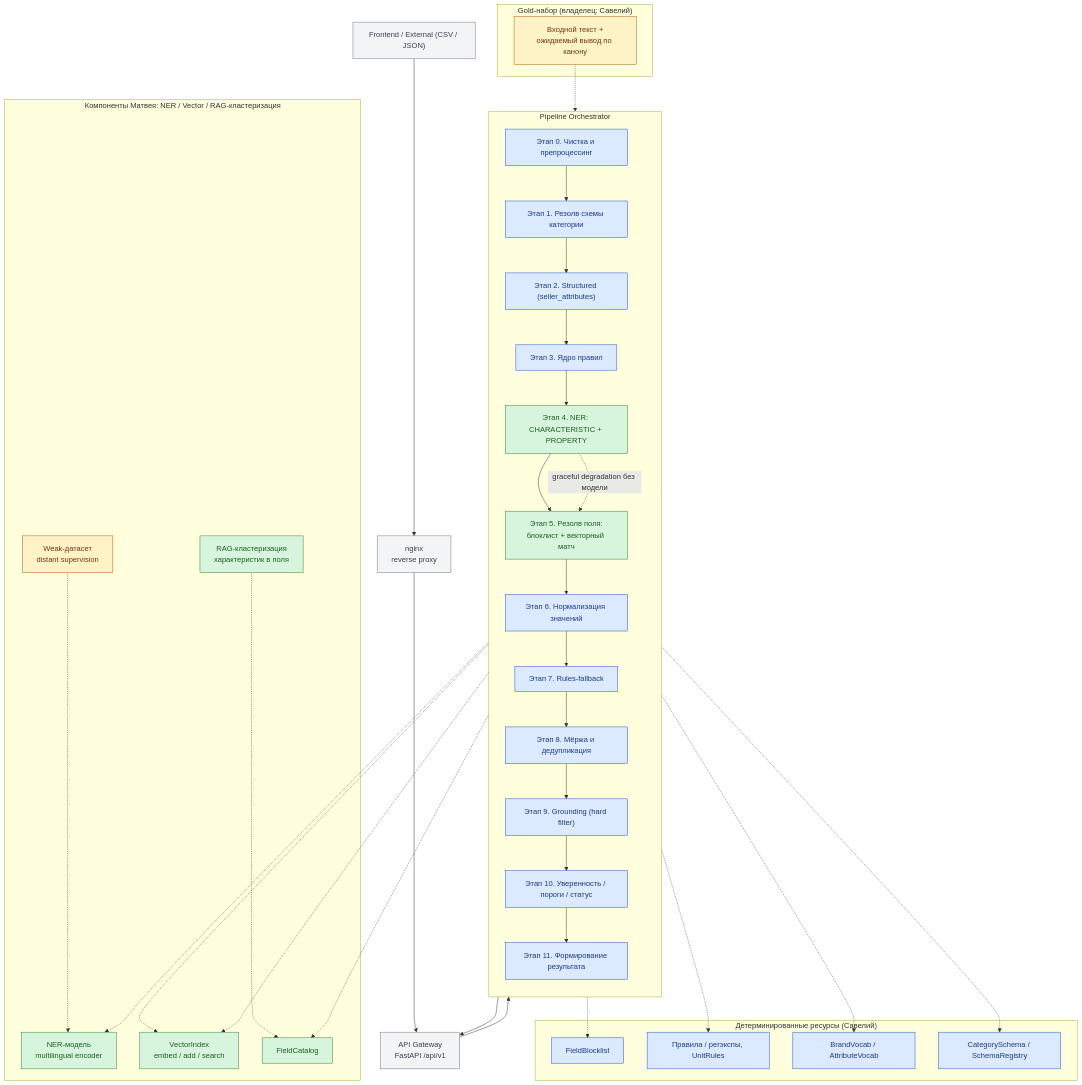
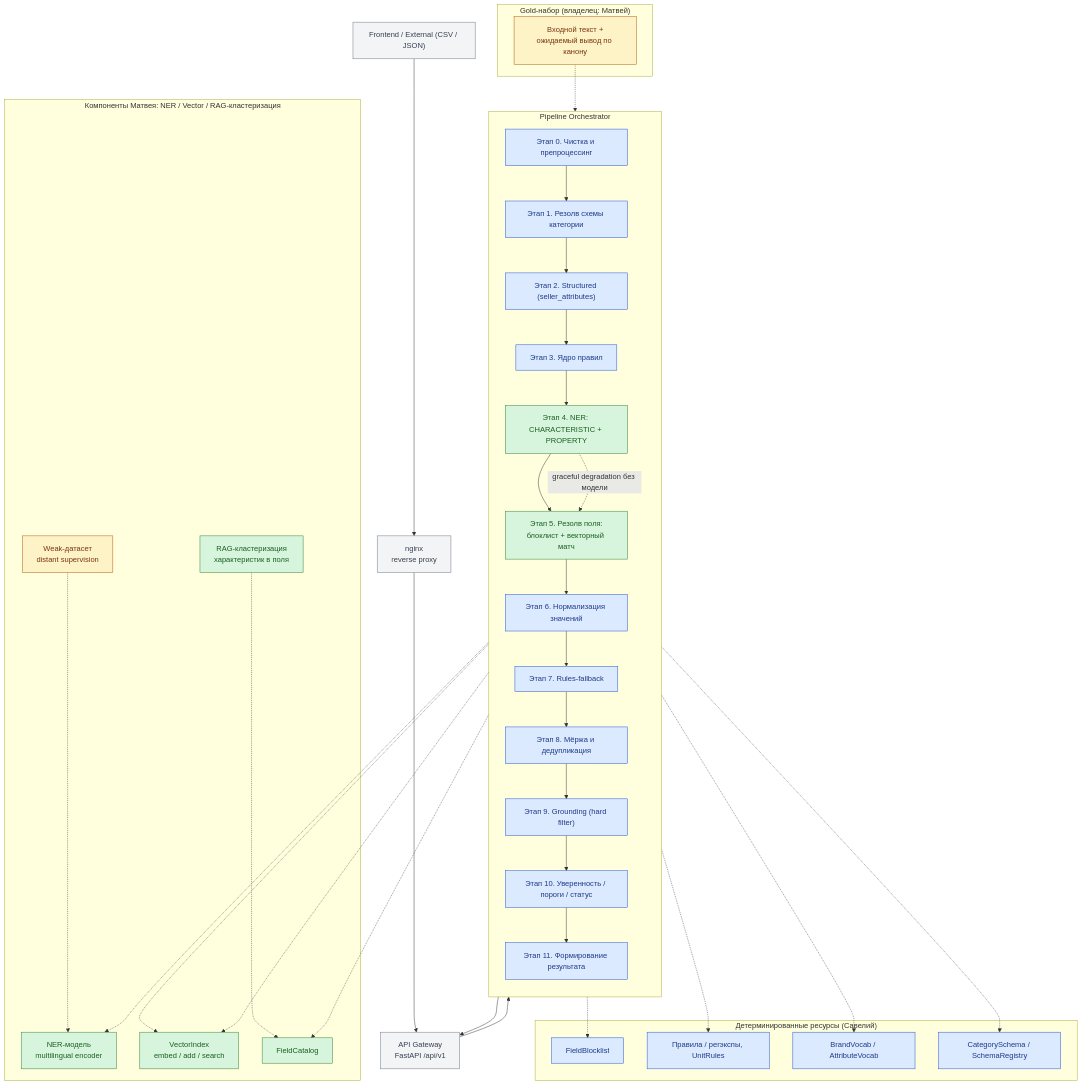
One commit to Mitoshi-Team/specflow changed the diagram in services/attribute_extractor/README.md. Above: the diagram before and after it, drawn with Mermaid. The commit also changed other lines of this file and 9 other files, not shown here.

````diff
--- a/services/attribute_extractor/README.md
+++ b/services/attribute_extractor/README.md
@@ -45,64 +45,64 @@
 ```mermaid
 flowchart TD
     classDef ours fill:#d7f5dd,stroke:#2e7d32,color:#1b5e20;
     classDef det fill:#dbeafe,stroke:#1d4ed8,color:#1e3a8a;
     classDef infra fill:#f3f4f6,stroke:#6b7280,color:#374151;
     classDef data fill:#fef3c7,stroke:#b45309,color:#78350f;
 
     UI["Frontend / External (CSV / JSON)"]:::infra
     NG["nginx<br/>reverse proxy"]:::infra
     GW["API Gateway<br/>FastAPI /api/v1"]:::infra
 
     subgraph ORCH["Pipeline Orchestrator"]
         direction TB
         S0["Этап 0. Чистка и препроцессинг"]:::det
         S1["Этап 1. Резолв схемы категории"]:::det
         S2["Этап 2. Structured (seller_attributes)"]:::det
         S3["Этап 3. Ядро правил"]:::det
         S4["Этап 4. NER: CHARACTERISTIC + PROPERTY"]:::ours
         S5["Этап 5. Резолв поля:<br/>блоклист + векторный матч"]:::ours
         S6["Этап 6. Нормализация значений"]:::det
         S7["Этап 7. Rules-fallback"]:::det
         S8["Этап 8. Мёржа и дедупликация"]:::det
         S9["Этап 9. Grounding (hard filter)"]:::det
         S10["Этап 10. Уверенность / пороги / статус"]:::det
         S11["Этап 11. Формирование результата"]:::det
     end
 
     subgraph ML["Компоненты Матвея: NER / Vector / RAG-кластеризация"]
         NER["NER-модель<br/>multilingual encoder"]:::ours
         VI["VectorIndex<br/>embed / add / search"]:::ours
         CAT["FieldCatalog"]:::ours
         CLUS["RAG-кластеризация<br/>характеристик в поля"]:::ours
         WD["Weak-датасет<br/>distant supervision"]:::data
     end
 
     subgraph DETCOMP["Детерминированные ресурсы (Савелий)"]
         BL["FieldBlocklist"]:::det
         RULES["Правила / регэкспы, UnitRules"]:::det
         VOC["BrandVocab / AttributeVocab"]:::det
         SCH["CategorySchema / SchemaRegistry"]:::det
     end
 
-    subgraph GOLD["Gold-набор (владелец: Савелий)"]
+    subgraph GOLD["Gold-набор (владелец: Матвей)"]
         G["Входной текст +<br/>ожидаемый вывод по канону"]:::data
     end
 
     UI --> NG --> GW --> S0
     S0 --> S1 --> S2 --> S3 --> S4 --> S5 --> S6 --> S7 --> S8 --> S9 --> S10 --> S11
     S11 --> GW
 
     S1 -.-> SCH
     S3 -.-> RULES
     S6 -.-> VOC
     S5 -.-> BL
     S4 -.-> NER
     S4 -.-> VI
     S5 -.-> VI
     S5 -.-> CAT
     CLUS -.-> CAT
     WD -.-> NER
     G -.-> S10
 
     S4 -.->|"graceful degradation без модели"| S5
 ```
````
